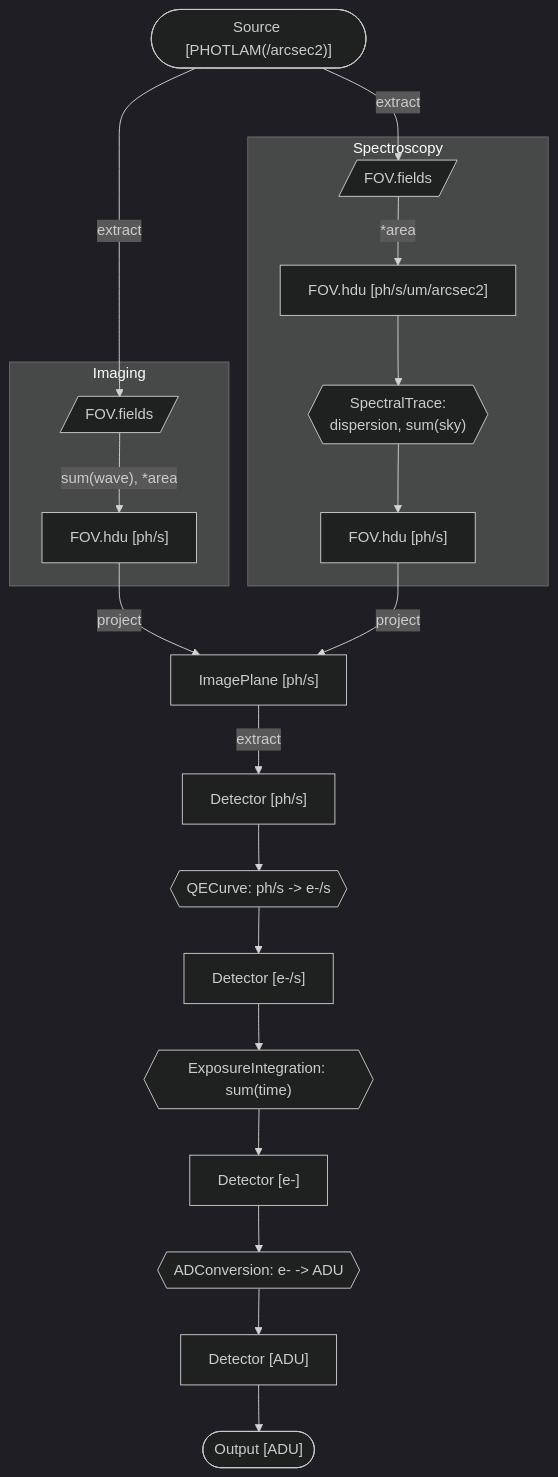
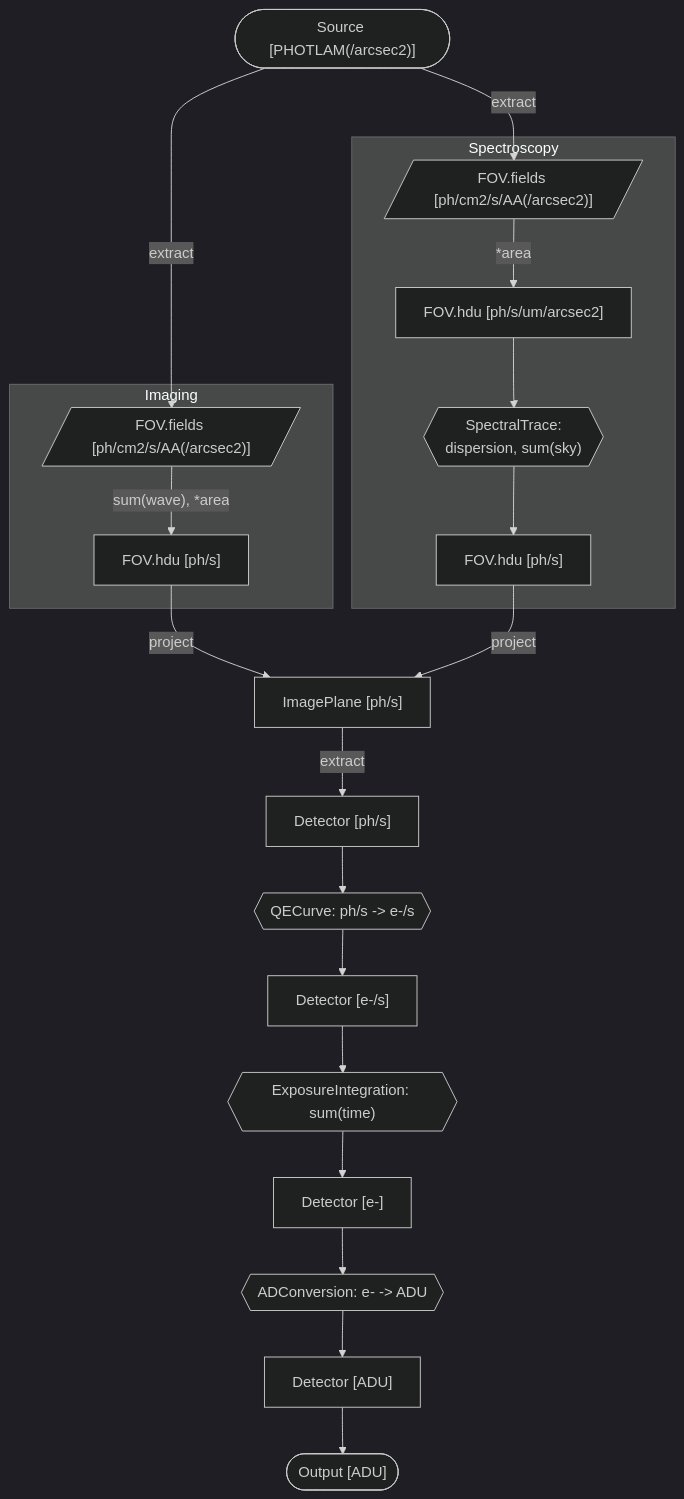
The diagram in docs/source/faqs/scopesim_units_flow.md (AstarVienna/ScopeSim), drawn with Mermaid before and after one commit.

Commit message:
Add units to FOV.fields as well

````diff
--- a/docs/source/faqs/scopesim_units_flow.md
+++ b/docs/source/faqs/scopesim_units_flow.md
@@ -7,42 +7,42 @@
 ```{mermaid}
 %%{init: {"theme": "dark"} }%%
 flowchart TB
     Source(["Source [PHOTLAM(/arcsec2)]"])
-    FOV1[/"FOV.fields"/]
+    FOV1[/"FOV.fields [ph/cm2/s/AA(/arcsec2)]"/]
     FOV2["FOV.hdu [ph/s]"]
-    FOV3[/"FOV.fields"/]
+    FOV3[/"FOV.fields [ph/cm2/s/AA(/arcsec2)]"/]
     FOV4["FOV.hdu [ph/s/um/arcsec2]"]
     FOV5["FOV.hdu [ph/s]"]
     SPT{{"`SpectralTrace:
           dispersion, sum(sky)`"}}
     IMP["ImagePlane [ph/s]"]
     Det1["Detector [ph/s]"]
     QECurve{{"QECurve: ph/s -> e-/s"}}
     Det2["Detector [e-/s]"]
     SE{{"ExposureIntegration: sum(time)"}}
     Det3["Detector [e-]"]
     ADC{{"ADConversion: e- -> ADU"}}
     Det4["Detector [ADU]"]
     Output(["Output [ADU]"])
 
     Source-- extract -->FOV1
     subgraph Imaging
         FOV1-- "sum(wave), *area" -->FOV2
     end
     Source-- extract -->FOV3
     subgraph Spectroscopy
         FOV3-- *area -->FOV4
         FOV4-->SPT
         SPT-->FOV5
     end
     FOV2-- project -->IMP
     FOV5-- project -->IMP
     IMP-- "extract" -->Det1
     Det1-->QECurve
     QECurve-->Det2
     Det2-->SE
     SE-->Det3
     Det3-->ADC
     ADC-->Det4
     Det4-->Output
 ```
````
